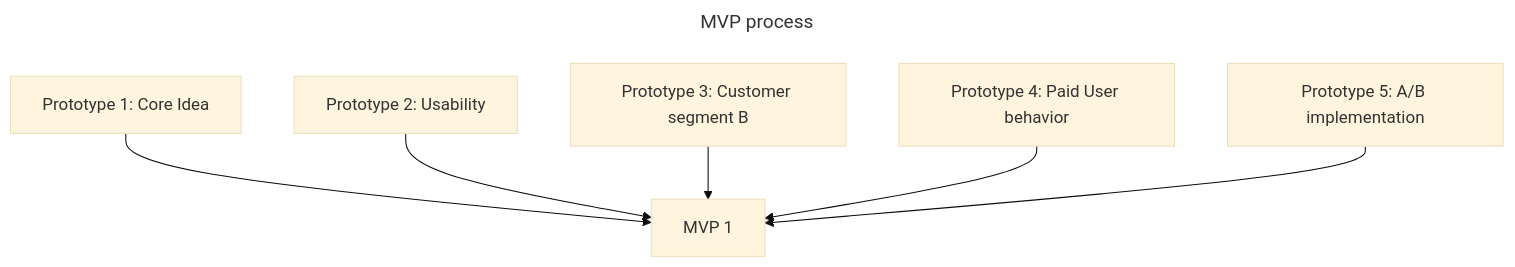
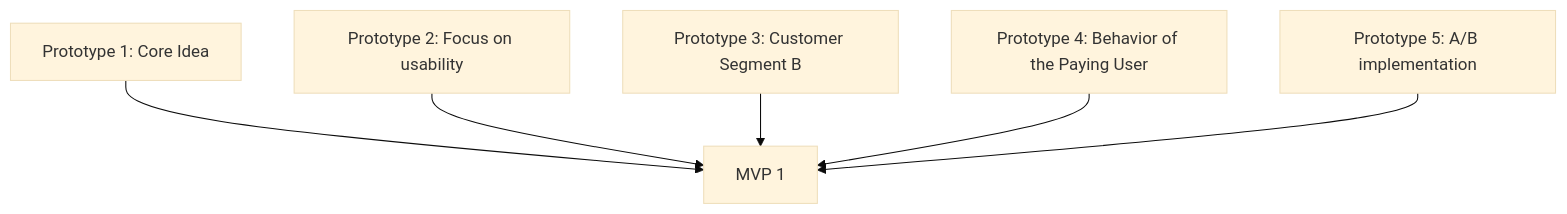
One commit to knatarasan/knatarasan.github.io changed the second of 3 diagrams in _posts/2025-07-03-this-is-prototype-book.md. Above: the diagram before and after it, drawn with Mermaid (base theme). The commit also changed other lines of this file and 1 other file, not shown here.

````diff
--- a/_posts/2025-07-03-this-is-prototype-book.md
+++ b/_posts/2025-07-03-this-is-prototype-book.md
@@ -67,11 +63,8 @@
 ```mermaid
----
-title: MVP process
----
 flowchart TB
 PT1[Prototype 1: Core Idea] --> MV[MVP 1]
-PT2[Prototype 2: Usability] --> MV
-PT3[Prototype 3: Customer segment B ] --> MV
-PT4[Prototype 4: Paid User behavior] --> MV
+PT2[Prototype 2: Focus on usability] --> MV
+PT3[Prototype 3: Customer Segment B ] --> MV
+PT4[Prototype 4: Behavior of the Paying User ] --> MV
 PT5[Prototype 5: A/B implementation] --> MV
 ```
````
